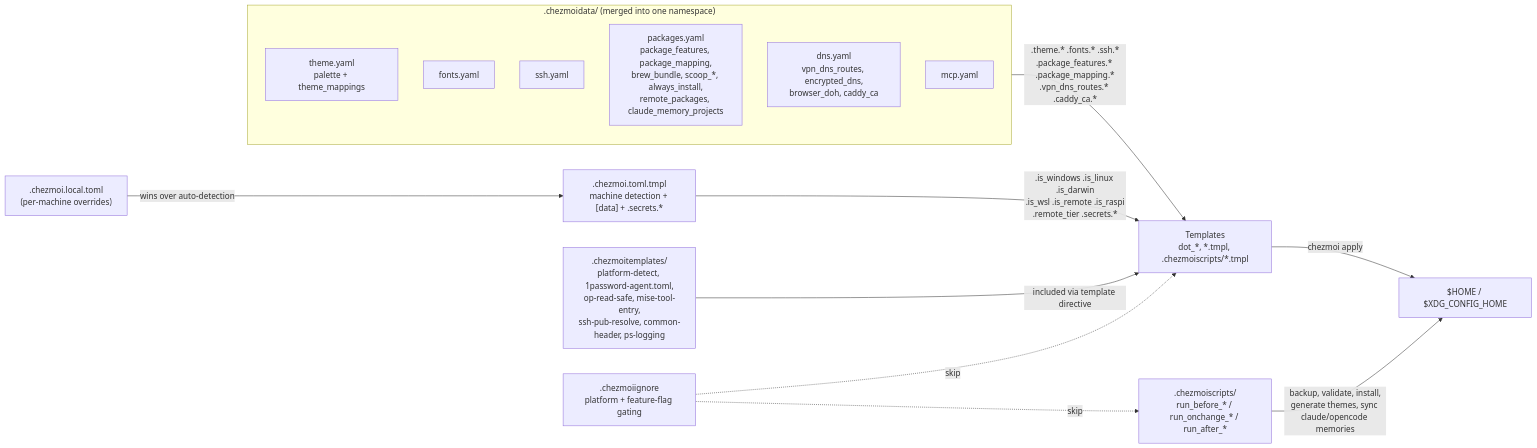
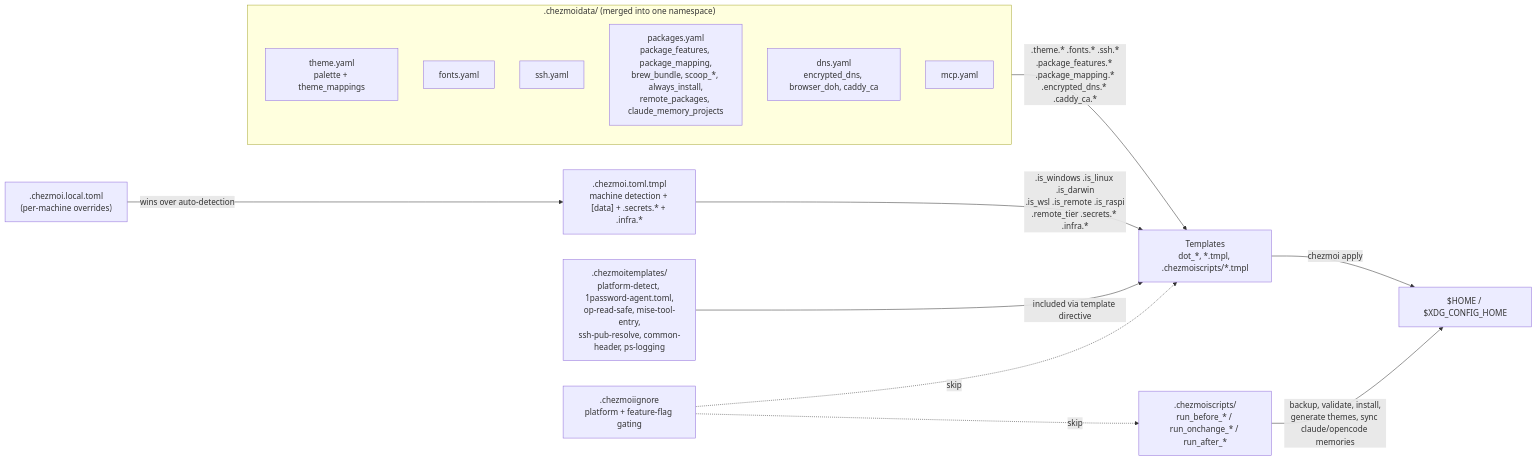
One commit to Randallsm83/chezmoi changed the diagram in README.md. Above: the diagram before and after it, drawn with Mermaid. The commit also changed other lines of this file and 2 other files, not shown here.

Commit message:
docs: sync AGENTS/README to [data.infra] infra mechanism
Reflect the post-scrub state: infrastructure identifiers now live in the
gitignored [data.infra] table (.chezmoi.local.toml) surfaced as .infra.*,
and the vpn_dns_routes block was relocated/split. Update ownership matrix,
data-flow notes, and the DNS relocation references.

````diff
--- a/README.md
+++ b/README.md
@@ -59,23 +59,23 @@
 ```mermaid
 flowchart LR
   LOCAL[".chezmoi.local.toml<br/>(per-machine overrides)"] -->|wins over auto-detection| TOML
-  TOML[".chezmoi.toml.tmpl<br/>machine detection + [data] + .secrets.*"] -->|.is_windows .is_linux .is_darwin<br/>.is_wsl .is_remote .is_raspi<br/>.remote_tier .secrets.*| TPL
+  TOML[".chezmoi.toml.tmpl<br/>machine detection + [data] + .secrets.* + .infra.*"] -->|.is_windows .is_linux .is_darwin<br/>.is_wsl .is_remote .is_raspi<br/>.remote_tier .secrets.* .infra.*| TPL
 
   subgraph DATA[".chezmoidata/ (merged into one namespace)"]
     DT["theme.yaml<br/>palette + theme_mappings"]
     DF["fonts.yaml"]
     DS["ssh.yaml"]
     DP["packages.yaml<br/>package_features, package_mapping,<br/>brew_bundle, scoop_*, always_install,<br/>remote_packages, claude_memory_projects"]
-    DD["dns.yaml<br/>vpn_dns_routes, encrypted_dns,<br/>browser_doh, caddy_ca"]
+    DD["dns.yaml<br/>encrypted_dns, browser_doh, caddy_ca"]
     DM["mcp.yaml"]
   end
-  DATA -->|.theme.* .fonts.* .ssh.*<br/>.package_features.* .package_mapping.*<br/>.vpn_dns_routes.* .caddy_ca.*| TPL
+  DATA -->|.theme.* .fonts.* .ssh.*<br/>.package_features.* .package_mapping.*<br/>.encrypted_dns.* .caddy_ca.*| TPL
 
   PARTIALS[".chezmoitemplates/<br/>platform-detect, 1password-agent.toml,<br/>op-read-safe, mise-tool-entry,<br/>ssh-pub-resolve, common-header, ps-logging"] -->|included via template directive| TPL
 
   TPL["Templates<br/>dot_*, *.tmpl, .chezmoiscripts/*.tmpl"] -->|chezmoi apply| HOME["$HOME / $XDG_CONFIG_HOME"]
   IGN[".chezmoiignore<br/>platform + feature-flag gating"] -.->|skip| TPL
 
   SCRIPTS[".chezmoiscripts/<br/>run_before_* / run_onchange_* / run_after_*"] -->|backup, validate, install,<br/>generate themes, sync claude/opencode memories| HOME
   IGN -.->|skip| SCRIPTS
 ```
````
